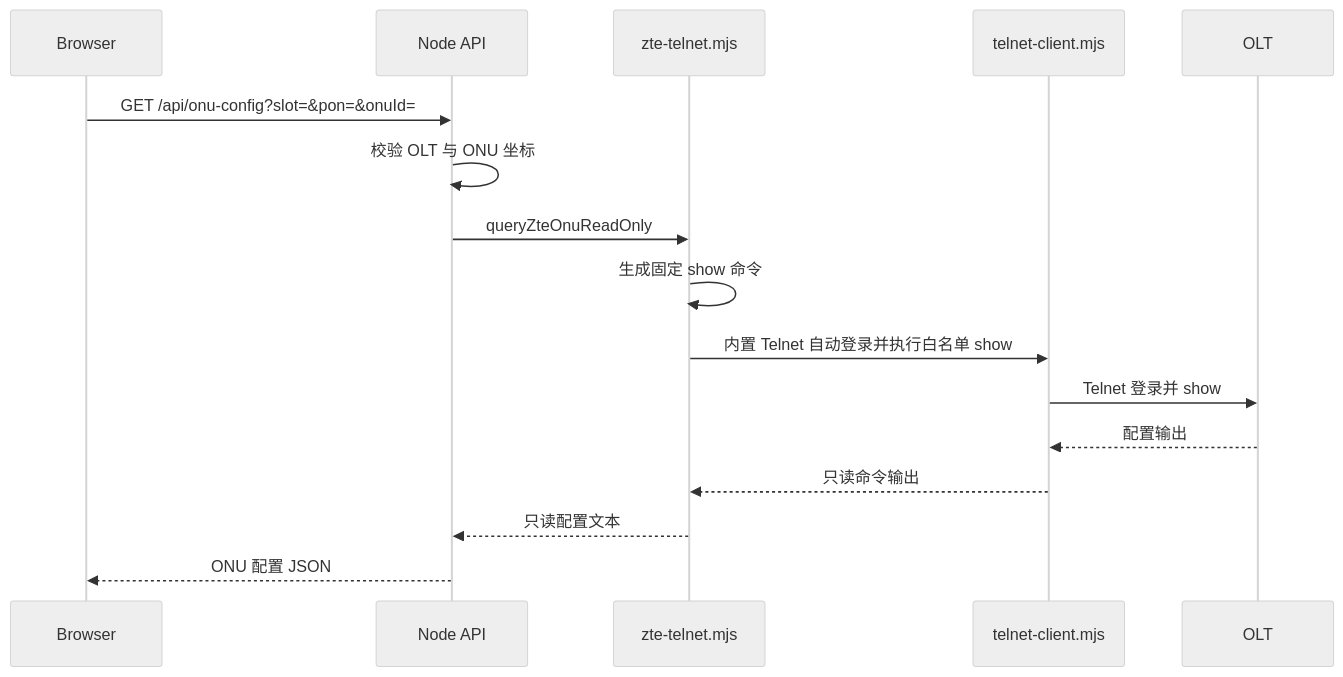
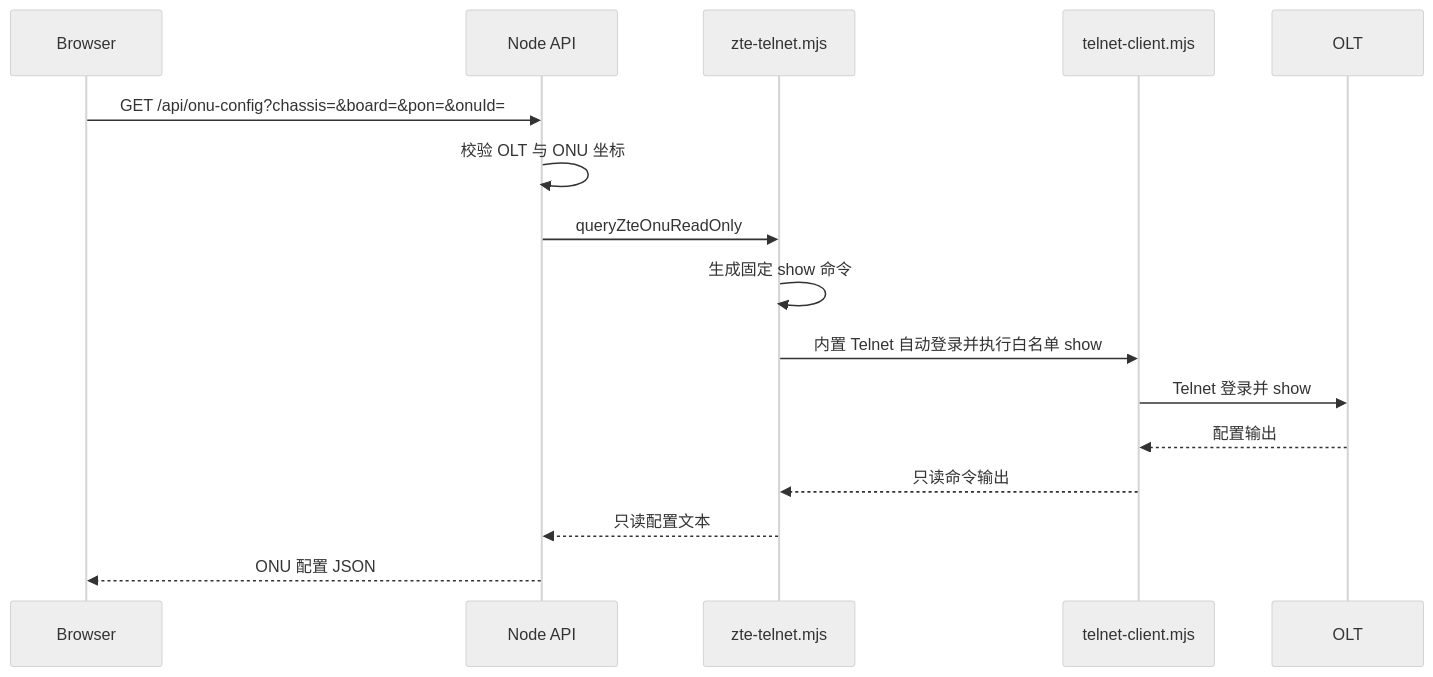
The fourth of 7 diagrams in docs/design/sequence.md (landvd/OLT-Manager), drawn with Mermaid (neutral theme) before and after one commit. The commit also changed other lines of this file and 18 other files, not shown here.

````diff
--- a/docs/design/sequence.md
+++ b/docs/design/sequence.md
@@ -74,19 +74,19 @@
 ```mermaid
 sequenceDiagram
   participant Browser as Browser
   participant API as Node API
   participant Adapter as zte-telnet.mjs
   participant Telnet as telnet-client.mjs
   participant OLT as OLT
 
-  Browser->>API: GET /api/onu-config?slot=&pon=&onuId=
+  Browser->>API: GET /api/onu-config?chassis=&board=&pon=&onuId=
   API->>API: 校验 OLT 与 ONU 坐标
   API->>Adapter: queryZteOnuReadOnly
   Adapter->>Adapter: 生成固定 show 命令
   Adapter->>Telnet: 内置 Telnet 自动登录并执行白名单 show
   Telnet->>OLT: Telnet 登录并 show
   OLT-->>Telnet: 配置输出
   Telnet-->>Adapter: 只读命令输出
   Adapter-->>API: 只读配置文本
   API-->>Browser: ONU 配置 JSON
 ```
````
